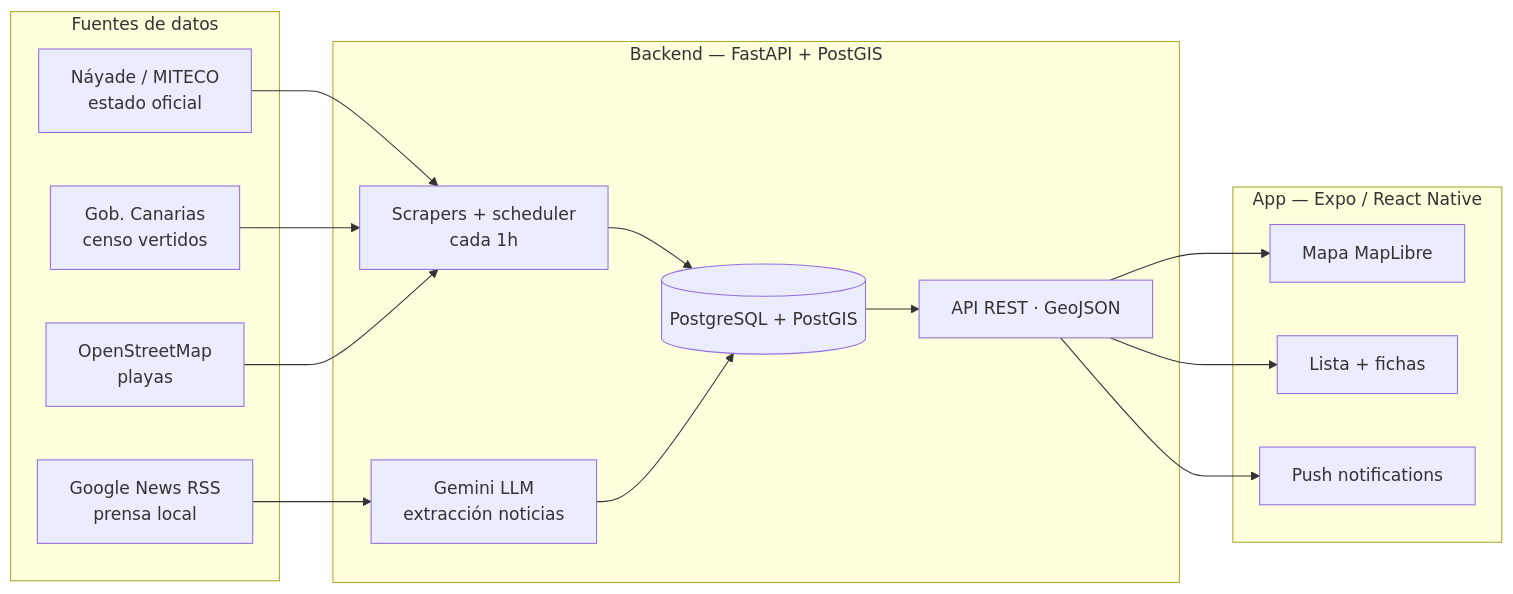
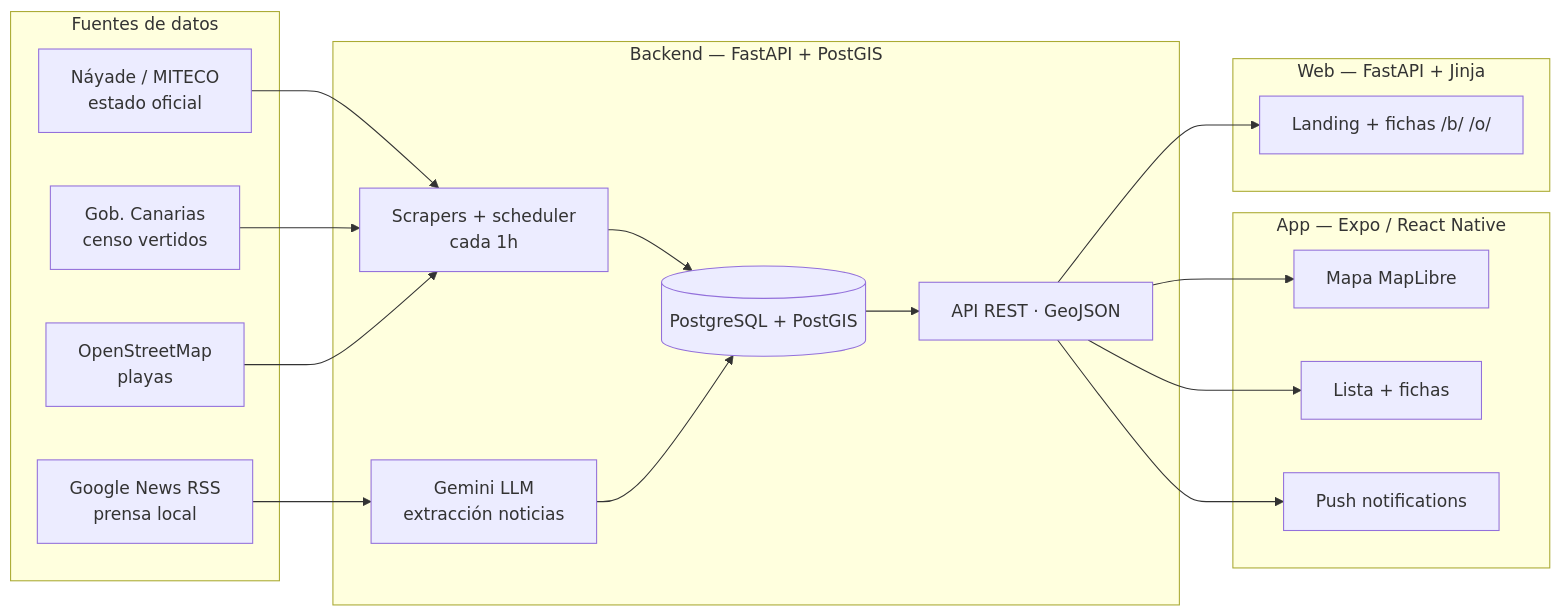
One commit to ayozegr05/checkcoast-tenerife changed the diagram in README.es.md. Above: the diagram before and after it, drawn with Mermaid. The commit also changed other lines of this file and 1 other file, not shown here.

First line of the commit message:
README: estado actual — ~200 playas, episodios, riesgo emisarios, web compartible

````diff
--- a/README.es.md
+++ b/README.es.md
@@ -47,30 +58,34 @@
 ```mermaid
 flowchart LR
     subgraph Fuentes["Fuentes de datos"]
         N["Náyade / MITECO<br>estado oficial"]
         C["Gob. Canarias<br>censo vertidos"]
         O["OpenStreetMap<br>playas"]
         P["Google News RSS<br>prensa local"]
     end
     subgraph Backend["Backend — FastAPI + PostGIS"]
         S["Scrapers + scheduler<br>cada 1h"]
         L["Gemini LLM<br>extracción noticias"]
         DB[("PostgreSQL + PostGIS")]
         API["API REST · GeoJSON"]
     end
     subgraph App["App — Expo / React Native"]
         M["Mapa MapLibre"]
         LI["Lista + fichas"]
         PU["Push notifications"]
     end
+    subgraph Web["Web — FastAPI + Jinja"]
+        W["Landing + fichas /b/ /o/"]
+    end
     N --> S
     C --> S
     O --> S
     P --> L
     S --> DB
     L --> DB
     DB --> API
     API --> M
     API --> LI
     API --> PU
+    API --> W
 ```
````
